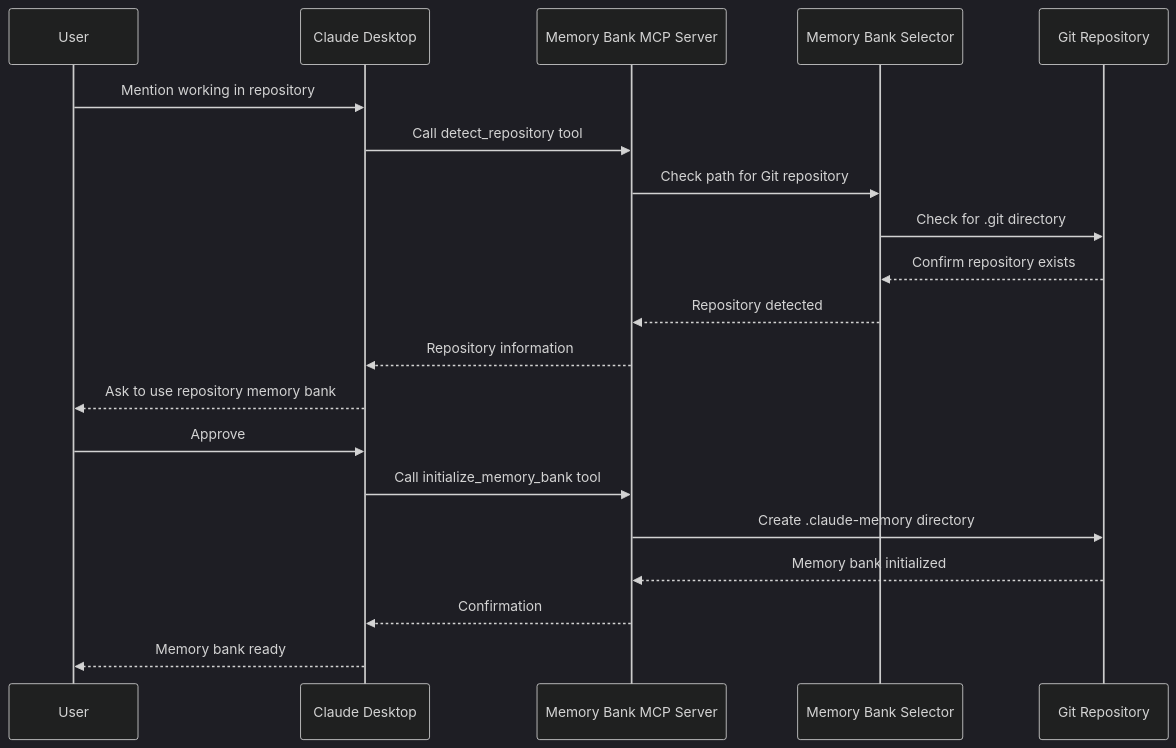
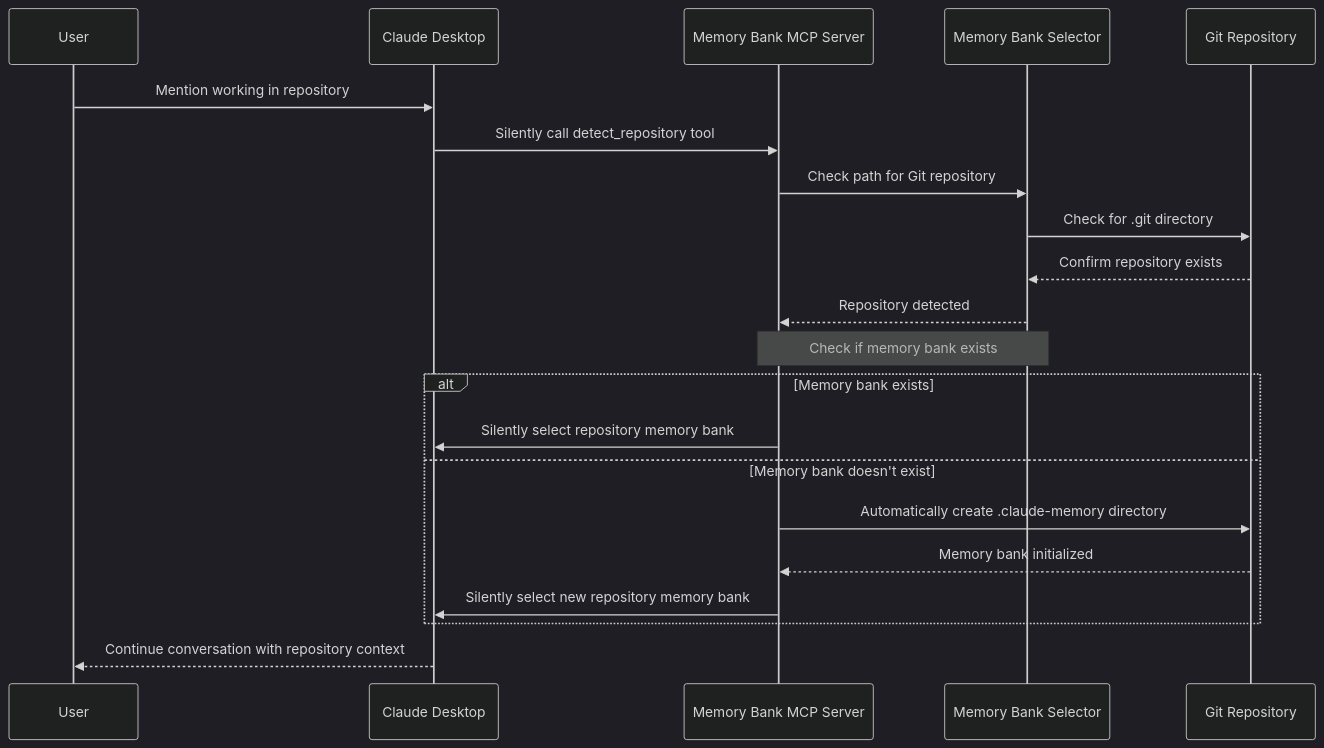
The eighth of 9 diagrams in doc/mcp-design.md (philippe-guerit/claude-desktop-memory-bank), drawn with Mermaid (dark theme) before and after one commit. The commit also changed other lines of this file and 4 other files, not shown here.

````diff
--- a/doc/mcp-design.md
+++ b/doc/mcp-design.md
@@ -238,23 +246,24 @@
 ```mermaid
 sequenceDiagram
     participant User
     participant CD as Claude Desktop
     participant MCP as Memory Bank MCP Server
     participant MBS as Memory Bank Selector
     participant Git as Git Repository
     
     User->>CD: Mention working in repository
-    CD->>MCP: Call detect_repository tool
+    CD->>MCP: Silently call detect_repository tool
     MCP->>MBS: Check path for Git repository
     MBS->>Git: Check for .git directory
     Git-->>MBS: Confirm repository exists
     MBS-->>MCP: Repository detected
-    MCP-->>CD: Repository information
-    CD-->>User: Ask to use repository memory bank
-    User->>CD: Approve
-    CD->>MCP: Call initialize_memory_bank tool
-    MCP->>Git: Create .claude-memory directory
-    Git-->>MCP: Memory bank initialized
-    MCP-->>CD: Confirmation
-    CD-->>User: Memory bank ready
+    Note over MCP,MBS: Check if memory bank exists
+    alt Memory bank exists
+        MCP->>CD: Silently select repository memory bank
+    else Memory bank doesn't exist
+        MCP->>Git: Automatically create .claude-memory directory
+        Git-->>MCP: Memory bank initialized
+        MCP->>CD: Silently select new repository memory bank
+    end
+    CD-->>User: Continue conversation with repository context
 ```
````
